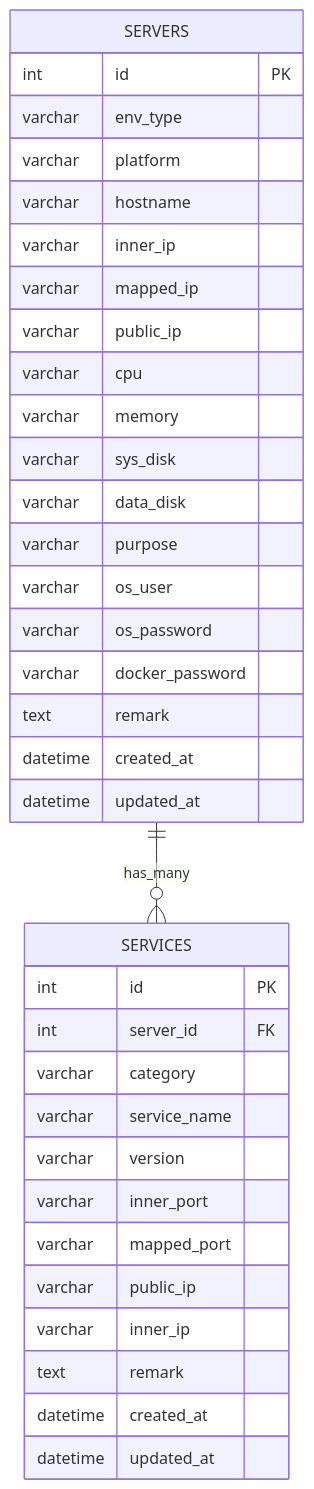
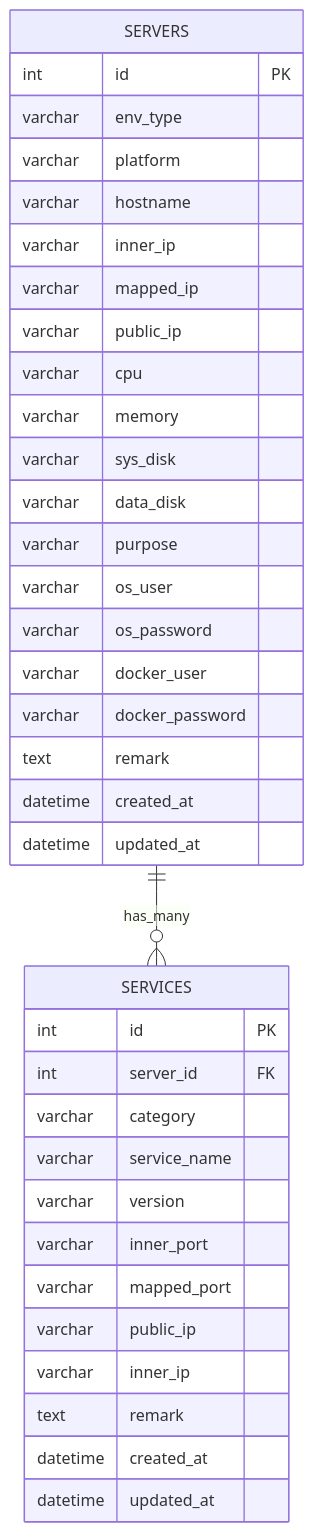
The second of 13 diagrams in .qoder/repowiki/zh/content/API接口文档/服务器管理接口.md (ismine3/OPS), drawn with Mermaid before and after one commit. The commit also changed other lines of this file and 17 other files, not shown here.

````diff
--- a/.qoder/repowiki/zh/content/API接口文档/服务器管理接口.md
+++ b/.qoder/repowiki/zh/content/API接口文档/服务器管理接口.md
@@ -80,38 +90,39 @@
 ```mermaid
 erDiagram
 SERVERS {
 int id PK
 varchar env_type
 varchar platform
 varchar hostname
 varchar inner_ip
 varchar mapped_ip
 varchar public_ip
 varchar cpu
 varchar memory
 varchar sys_disk
 varchar data_disk
 varchar purpose
 varchar os_user
 varchar os_password
+varchar docker_user
 varchar docker_password
 text remark
 datetime created_at
 datetime updated_at
 }
 SERVICES {
 int id PK
 int server_id FK
 varchar category
 varchar service_name
 varchar version
 varchar inner_port
 varchar mapped_port
 varchar public_ip
 varchar inner_ip
 text remark
 datetime created_at
 datetime updated_at
 }
 SERVERS ||--o{ SERVICES : "has_many"
 ```
````
